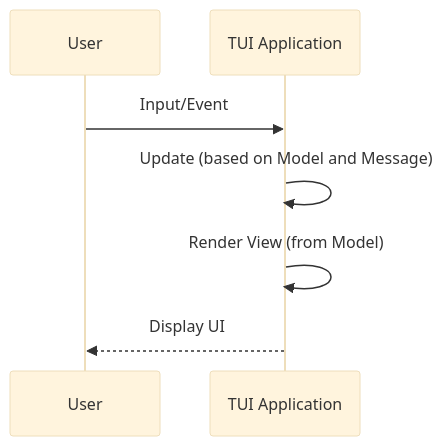
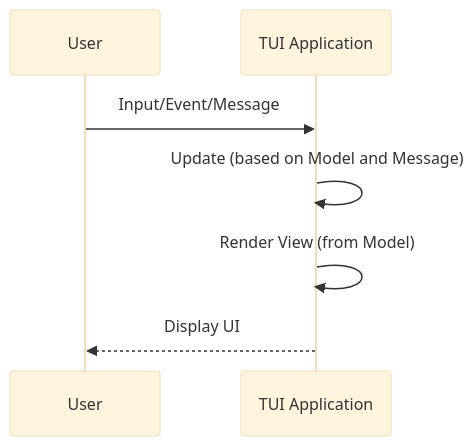
Before and after one commit to ratatui/ratatui-website: the diagram in src/concepts/the-elm-architecture.md, drawn with Mermaid (base theme).

Commit message:
docs: Fix typo in mermaid diagram 📚

````diff
--- a/src/concepts/the-elm-architecture.md
+++ b/src/concepts/the-elm-architecture.md
@@ -19,10 +19,10 @@
 ```mermaid
 sequenceDiagram
 participant User
 participant TUI Application
 
-User->>TUI Application: Input/Event
+User->>TUI Application: Input/Event/Message
 TUI Application->>TUI Application: Update (based on Model and Message)
 TUI Application->>TUI Application: Render View (from Model)
 TUI Application-->>User: Display UI
 ```
````
